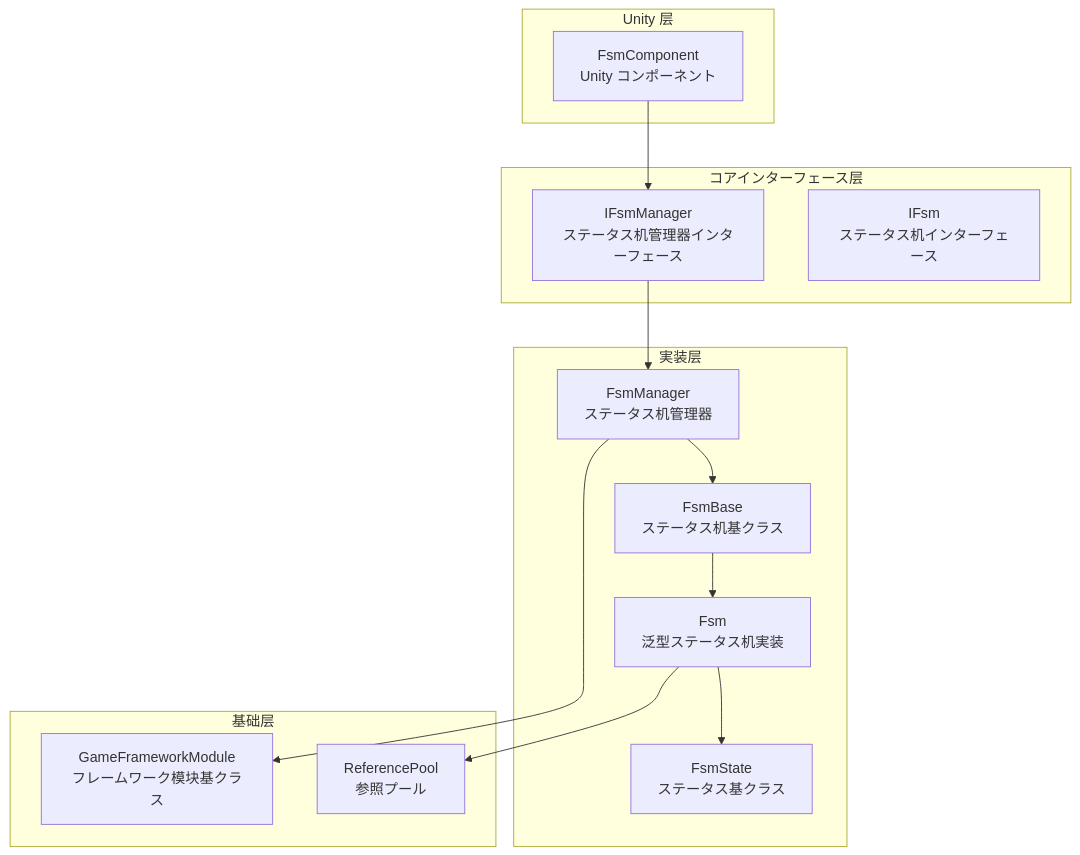
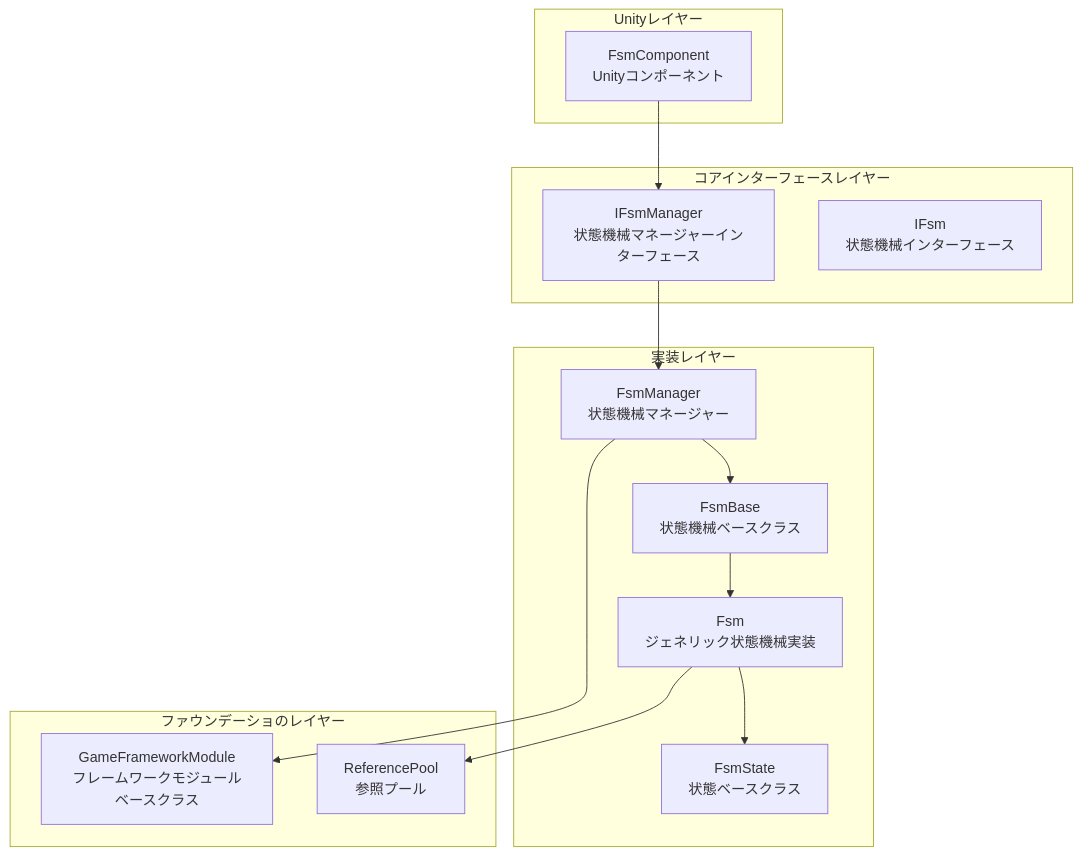
Before and after one commit to AlianBlank/GameFrameX.Docs: the first of 4 diagrams in docs/ja/client/unity/component/fsm/01.overview.md, drawn with Mermaid. The commit also changed other lines of this file and 320 other files, not shown here.

````diff
--- a/docs/ja/client/unity/component/fsm/01.overview.md
+++ b/docs/ja/client/unity/component/fsm/01.overview.md
@@ -22,31 +22,31 @@
 ```mermaid
 graph TD
-    subgraph External["Unity 层"]
-        FsmComponent[FsmComponent<br/>Unity コンポーネント]
+    subgraph External["Unityレイヤー"]
+        FsmComponent[FsmComponent<br/>Unityコンポーネント]
     end
 
-    subgraph Core["コアインターフェース层"]
-        IFsmManager[IFsmManager<br/>ステータス机管理器インターフェース]
-        IFsm[IFsm<br/>ステータス机インターフェース]
+    subgraph Core["コアインターフェースレイヤー"]
+        IFsmManager[IFsmManager<br/>状態機械マネージャーインターフェース]
+        IFsm[IFsm<br/>状態機械インターフェース]
     end
 
-    subgraph Implementation["実装层"]
-        FsmManager[FsmManager<br/>ステータス机管理器]
-        FsmBase[FsmBase<br/>ステータス机基クラス]
-        Fsm[Fsm<br/>泛型ステータス机実装]
-        FsmState[FsmState<br/>ステータス基クラス]
+    subgraph Implementation["実装レイヤー"]
+        FsmManager[FsmManager<br/>状態機械マネージャー]
+        FsmBase[FsmBase<br/>状態機械ベースクラス]
+        Fsm[Fsm<br/>ジェネリック状態機械実装]
+        FsmState[FsmState<br/>状態ベースクラス]
     end
 
-    subgraph Foundation["基础层"]
-        GameFrameworkModule[GameFrameworkModule<br/>フレームワーク模块基クラス]
+    subgraph Foundation["ファウンデーショのレイヤー"]
+        GameFrameworkModule[GameFrameworkModule<br/>フレームワークモジュールベースクラス]
         ReferencePool[ReferencePool<br/>参照プール]
     end
 
     FsmComponent --> IFsmManager
     IFsmManager --> FsmManager
     FsmManager --> FsmBase
     FsmBase --> Fsm
     Fsm --> FsmState
     FsmManager --> GameFrameworkModule
     Fsm --> ReferencePool
 ```
````
